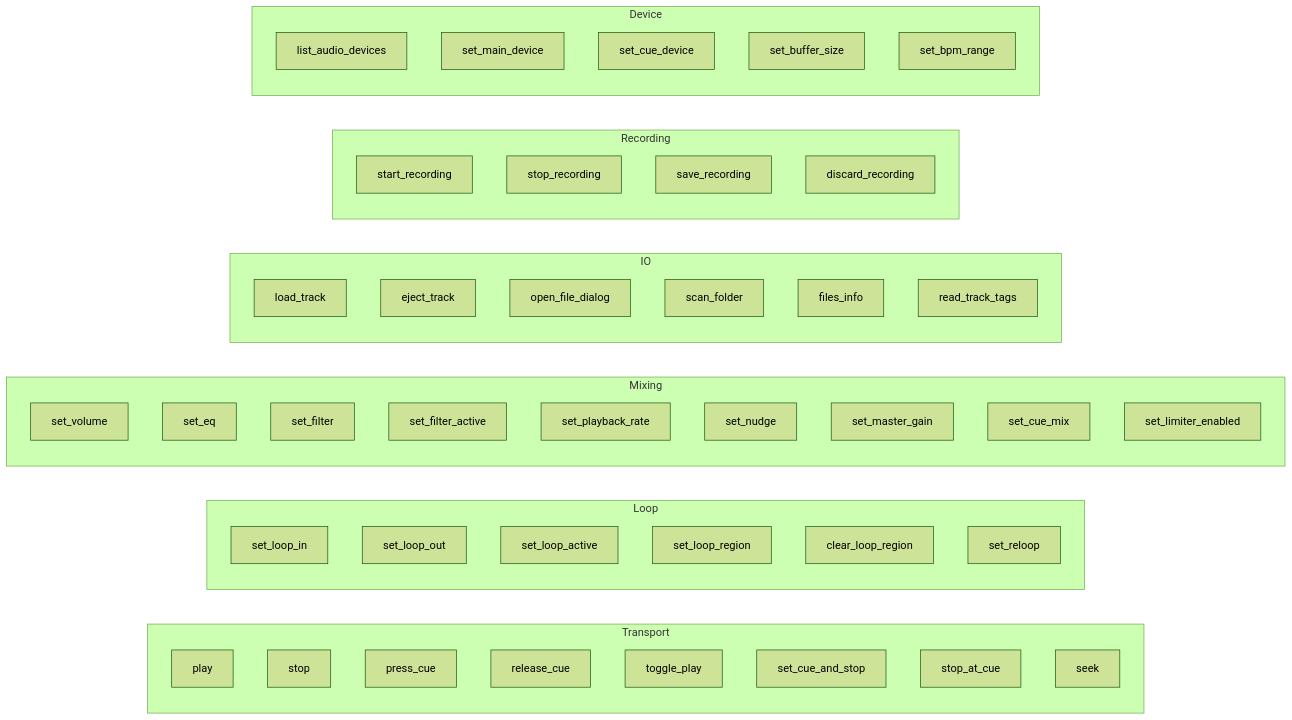
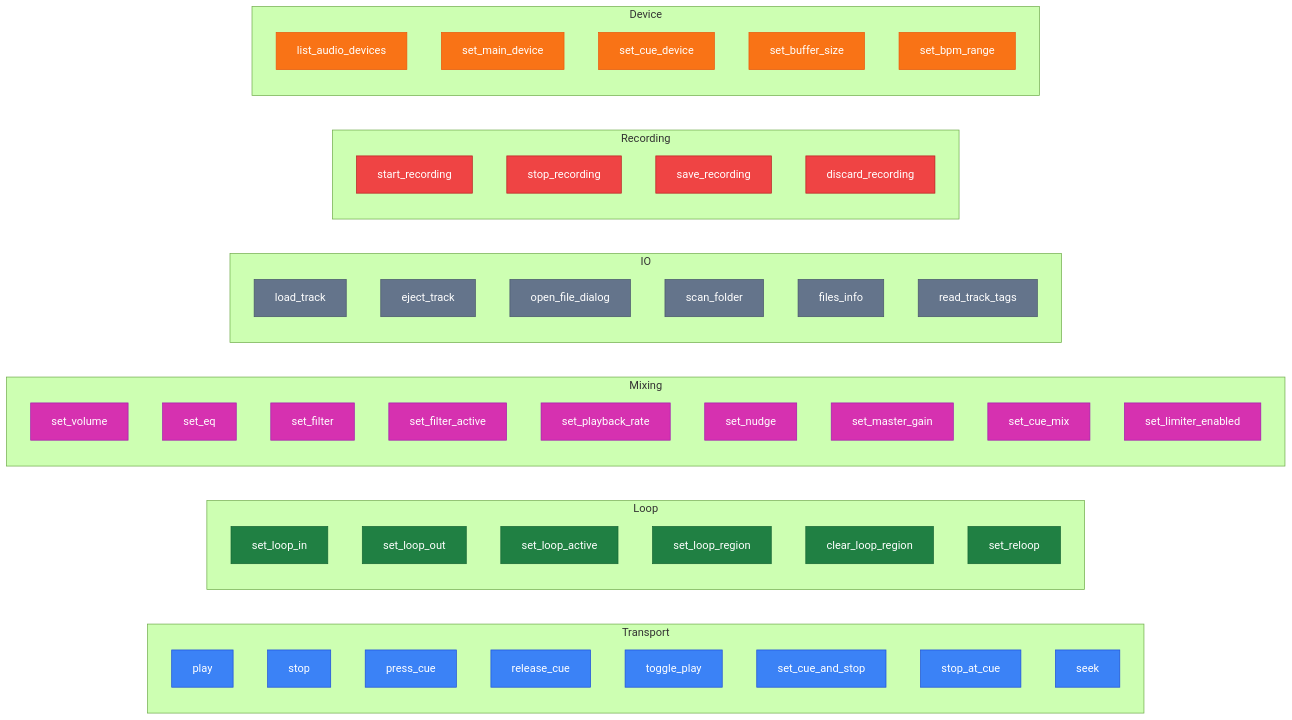
Before and after one commit to berrutti/beatmatcher: the fifth of 5 diagrams in ARCHITECTURE.md, drawn with Mermaid (forest theme). The commit also changed other lines of this file and 1 other file, not shown here.

Commit message:
Chore: Add colors to Architecture diagram

````diff
--- a/ARCHITECTURE.md
+++ b/ARCHITECTURE.md
@@ -81,58 +103,65 @@
 ```mermaid
 graph LR
+    classDef transport fill:#3b82f6,stroke:#1d4ed8,color:#fff
+    classDef loop fill:#208043,stroke:#166534,color:#fff
+    classDef mixing fill:#d631b0,stroke:#a21caf,color:#fff
+    classDef io fill:#64748b,stroke:#475569,color:#fff
+    classDef recording fill:#ef4444,stroke:#b91c1c,color:#fff
+    classDef device fill:#f97316,stroke:#ea580c,color:#fff
+
     subgraph Transport
-        play
-        stop
-        press_cue
-        release_cue
-        toggle_play
-        set_cue_and_stop
-        stop_at_cue
-        seek
+        play:::transport
+        stop:::transport
+        press_cue:::transport
+        release_cue:::transport
+        toggle_play:::transport
+        set_cue_and_stop:::transport
+        stop_at_cue:::transport
+        seek:::transport
     end
 
     subgraph Loop
-        set_loop_in
-        set_loop_out
-        set_loop_active
-        set_loop_region
-        clear_loop_region
-        set_reloop
+        set_loop_in:::loop
+        set_loop_out:::loop
+        set_loop_active:::loop
+        set_loop_region:::loop
+        clear_loop_region:::loop
+        set_reloop:::loop
     end
 
     subgraph Mixing
-        set_volume
-        set_eq
-        set_filter
-        set_filter_active
-        set_playback_rate
-        set_nudge
-        set_master_gain
-        set_cue_mix
-        set_limiter_enabled
+        set_volume:::mixing
+        set_eq:::mixing
+        set_filter:::mixing
+        set_filter_active:::mixing
+        set_playback_rate:::mixing
+        set_nudge:::mixing
+        set_master_gain:::mixing
+        set_cue_mix:::mixing
+        set_limiter_enabled:::mixing
     end
 
     subgraph IO
-        load_track
-        eject_track
-        open_file_dialog
-        scan_folder
-        files_info
-        read_track_tags
+        load_track:::io
+        eject_track:::io
+        open_file_dialog:::io
+        scan_folder:::io
+        files_info:::io
+        read_track_tags:::io
     end
 
     subgraph Recording
-        start_recording
-        stop_recording
-        save_recording
-        discard_recording
+        start_recording:::recording
+        stop_recording:::recording
+        save_recording:::recording
+        discard_recording:::recording
     end
 
     subgraph Device
-        list_audio_devices
-        set_main_device
-        set_cue_device
-        set_buffer_size
-        set_bpm_range
+        list_audio_devices:::device
+        set_main_device:::device
+        set_cue_device:::device
+        set_buffer_size:::device
+        set_bpm_range:::device
     end
 ```
````
